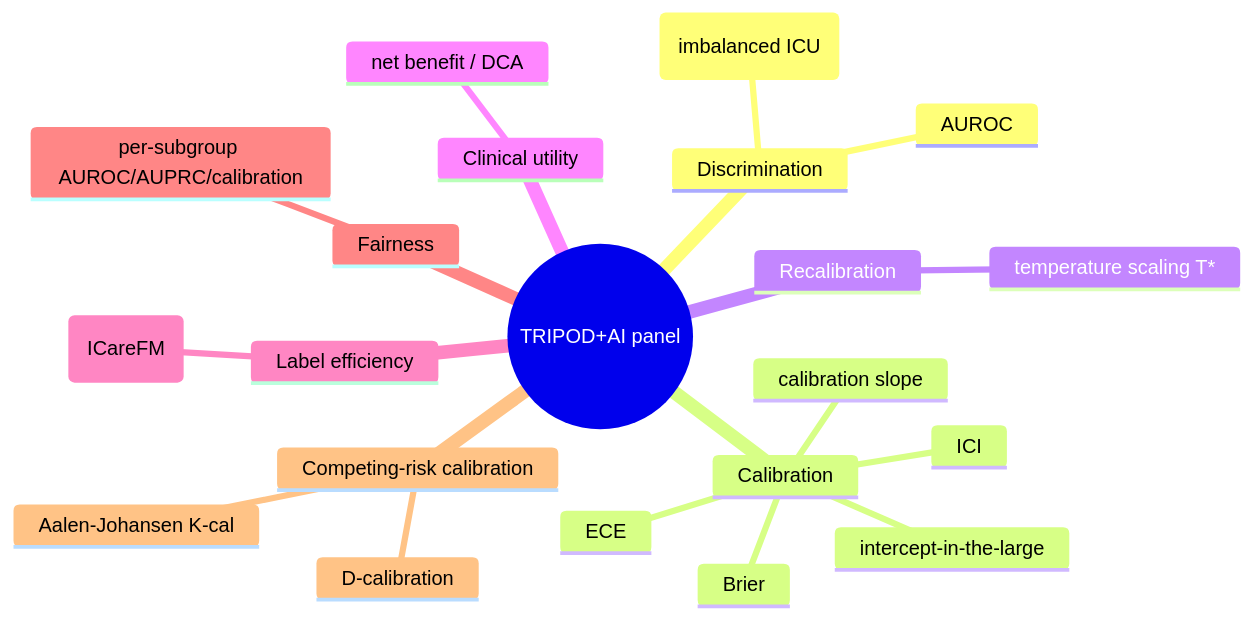
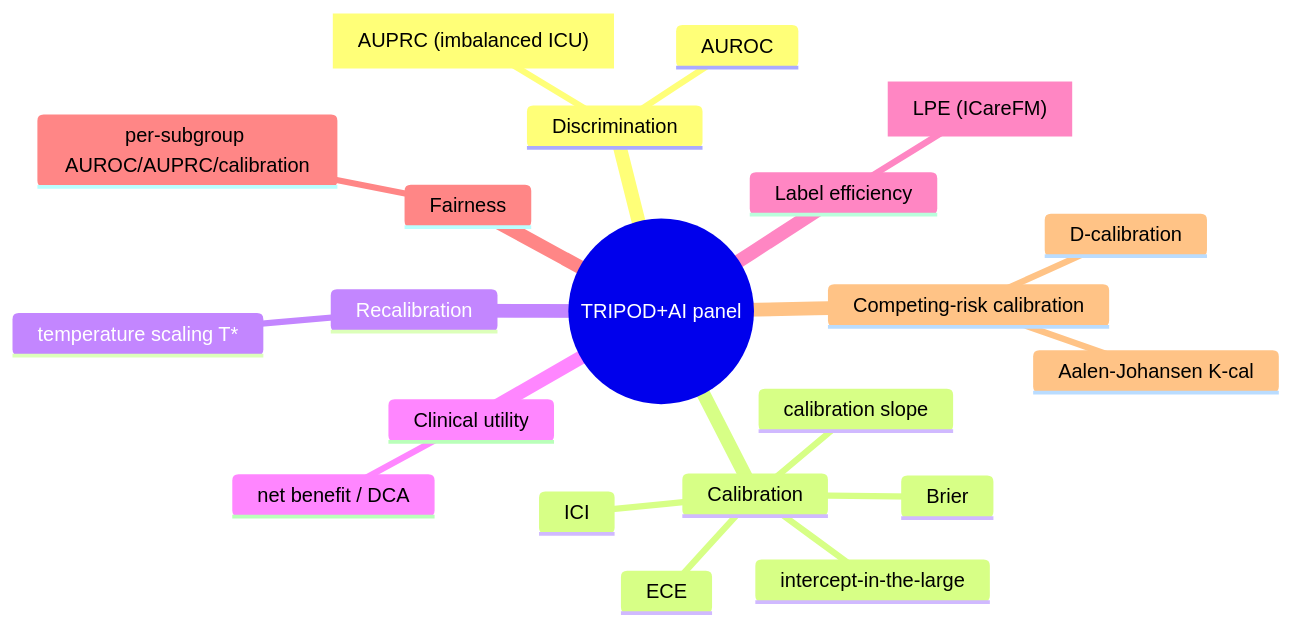
One commit to sajor2000/clifatron2.0 changed the second of 5 diagrams in website/docs/evaluation-panel.md. Above: the diagram before and after it, drawn with Mermaid. The commit also changed other lines of this file and 37 other files, not shown here.

````diff
--- a/website/docs/evaluation-panel.md
+++ b/website/docs/evaluation-panel.md
@@ -45,24 +45,24 @@
 ```mermaid
 mindmap
   root((TRIPOD+AI panel))
     Discrimination
       AUROC
-      AUPRC (imbalanced ICU)
+      auprc["AUPRC (imbalanced ICU)"]
     Calibration
       ECE
       Brier
       calibration slope
       intercept-in-the-large
       ICI
     Recalibration
       temperature scaling T*
     Clinical utility
       net benefit / DCA
     Label efficiency
-      LPE (ICareFM)
+      lpe["LPE (ICareFM)"]
     Fairness
       per-subgroup AUROC/AUPRC/calibration
     Competing-risk calibration
       D-calibration
       Aalen-Johansen K-cal
 ```
````
